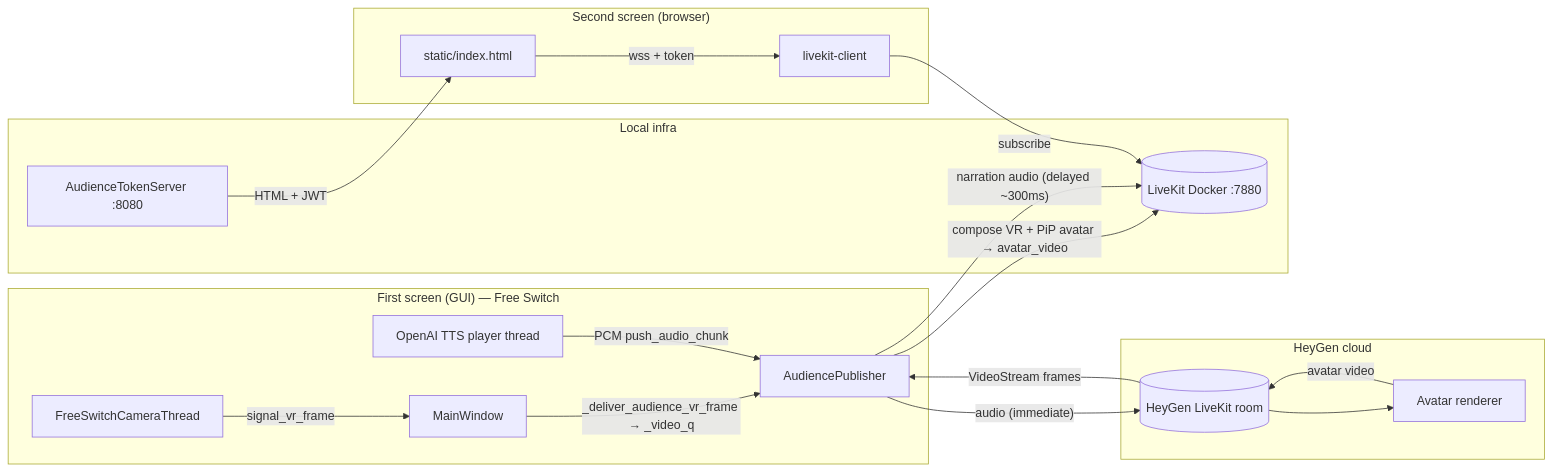
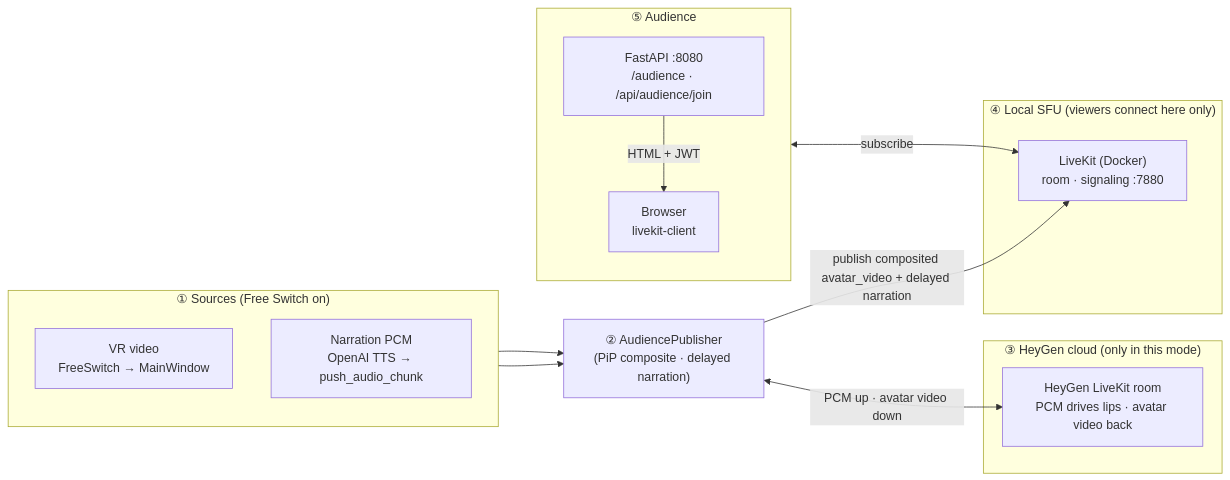
Before and after one commit to bolin35877766/miis_broadcast: the second of 3 diagrams in src/miis_broadcast/audience/README.md, drawn with Mermaid. The commit also changed other lines of this file, not shown here.

Commit message:
Docs (audience): horizontal LR flowcharts and English end-to-end flow section.

````diff
--- a/src/miis_broadcast/audience/README.md
+++ b/src/miis_broadcast/audience/README.md
@@ -62,37 +74,31 @@
 ```mermaid
 flowchart LR
-  subgraph Control["First screen (GUI) — Free Switch"]
-    FS[FreeSwitchCameraThread]
-    GUI[MainWindow]
-    TTS[OpenAI TTS player thread]
-    PUB[AudiencePublisher]
+  subgraph SRC["① Sources (Free Switch on)"]
+    direction TB
+    VR["VR video<br/>FreeSwitch → MainWindow"]
+    PCM["Narration PCM<br/>OpenAI TTS → push_audio_chunk"]
   end
 
-  subgraph HeyGenCloud["HeyGen cloud"]
-    HYLK[(HeyGen LiveKit room)]
-    HYAvatar[Avatar renderer]
+  PUB["② AudiencePublisher<br/>(PiP composite · delayed narration)"]
+
+  subgraph CLD["③ HeyGen cloud (only in this mode)"]
+    HG["HeyGen LiveKit room<br/>PCM drives lips · avatar video back"]
   end
 
-  subgraph Infra["Local infra"]
-    LK[(LiveKit Docker :7880)]
-    HTTP[AudienceTokenServer :8080]
+  subgraph LOC["④ Local SFU (viewers connect here only)"]
+    LK["LiveKit (Docker)<br/>room · signaling :7880"]
   end
 
-  subgraph View["Second screen (browser)"]
-    PG[static/index.html]
-    LKJS[livekit-client]
+  subgraph AUD["⑤ Audience"]
+    direction TB
+    HTTP["FastAPI :8080<br/>/audience · /api/audience/join"]
+    BR["Browser<br/>livekit-client"]
   end
 
-  FS -->|signal_vr_frame| GUI
-  GUI -->|_deliver_audience_vr_frame → _video_q| PUB
-  TTS -->|PCM push_audio_chunk| PUB
-  PUB -->|"audio (immediate)"| HYLK
-  HYLK --> HYAvatar
-  HYAvatar -->|avatar video| HYLK
-  HYLK -->|VideoStream frames| PUB
-  PUB -->|compose VR + PiP avatar → avatar_video| LK
-  PUB -->|"narration audio (delayed ~300ms)"| LK
-  HTTP -->|HTML + JWT| PG
-  PG -->|wss + token| LKJS
-  LKJS -->|subscribe| LK
+  VR --> PUB
+  PCM --> PUB
+  PUB <-->|"PCM up · avatar video down"| HG
+  PUB -->|"publish composited avatar_video + delayed narration"| LK
+  HTTP -->|"HTML + JWT"| BR
+  BR <-->|"subscribe"| LK
 ```
````
